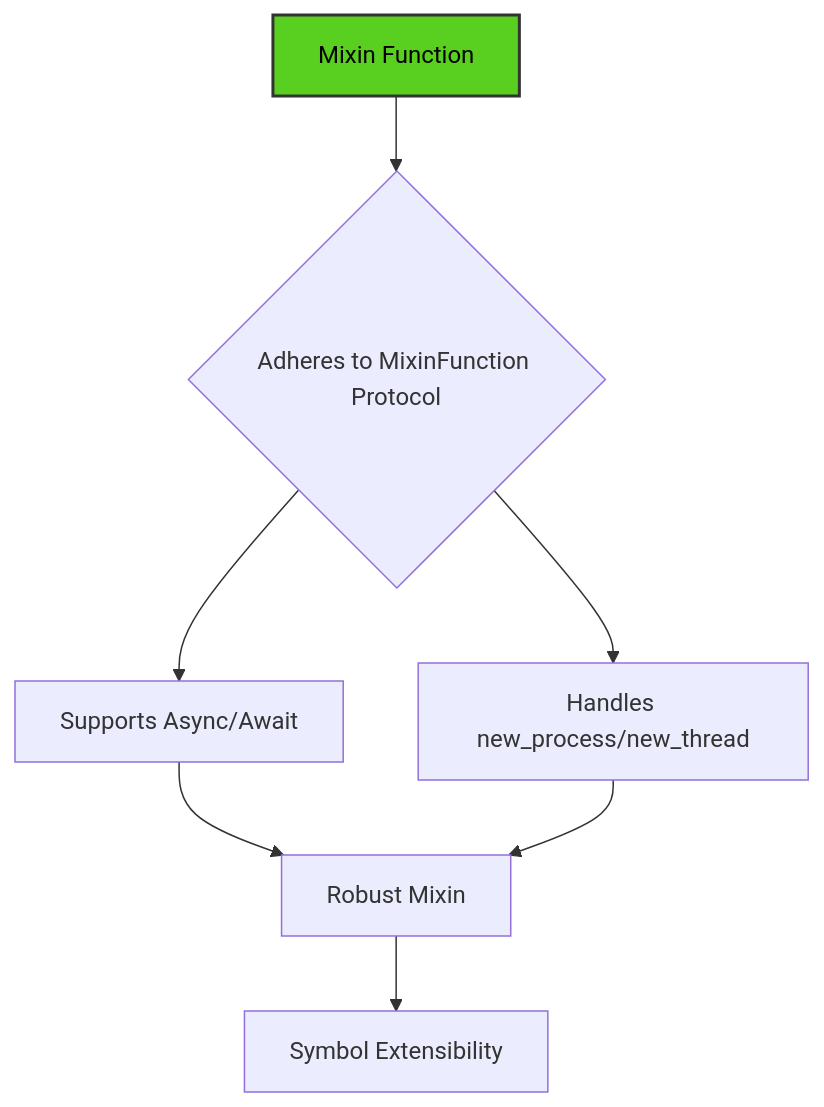
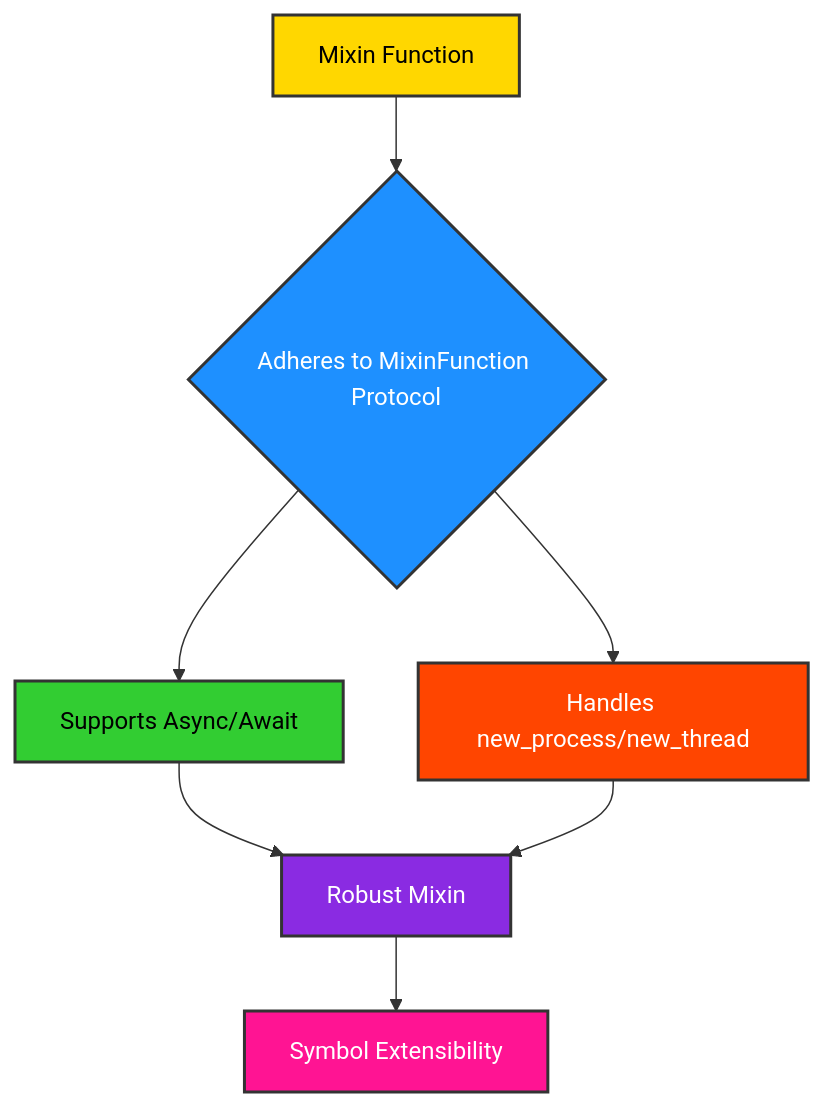
The second of 4 diagrams in docs/readme_details/11_extensibility/index.md (ikko/sym), drawn with Mermaid before and after one commit. The commit also changed other lines of this file and 10 other files, not shown here.

````diff
--- a/docs/readme_details/11_extensibility/index.md
+++ b/docs/readme_details/11_extensibility/index.md
@@ -91,13 +106,16 @@
 ```mermaid
 graph TD
     A[Mixin Function] --> B{Adheres to MixinFunction Protocol};
     B --> C[Supports Async/Await];
     B --> D[Handles new_process/new_thread];
     C --> E[Robust Mixin];
     D --> E;
     E --> F[Symbol Extensibility];
 
-    style A fill:#59d01f,stroke:#333,stroke-width:2px,color:#000000;
-
-    style A fill:#59d01f,stroke:#333,stroke-width:2px,color:#000000;
+    style A fill:#FFD700,stroke:#333,stroke-width:2px,color:#000000;
+    style B fill:#1E90FF,stroke:#333,stroke-width:2px,color:#FFFFFF;
+    style C fill:#32CD32,stroke:#333,stroke-width:2px,color:#000000;
+    style D fill:#FF4500,stroke:#333,stroke-width:2px,color:#FFFFFF;
+    style E fill:#8A2BE2,stroke:#333,stroke-width:2px,color:#FFFFFF;
+    style F fill:#FF1493,stroke:#333,stroke-width:2px,color:#FFFFFF;
 ```
````
